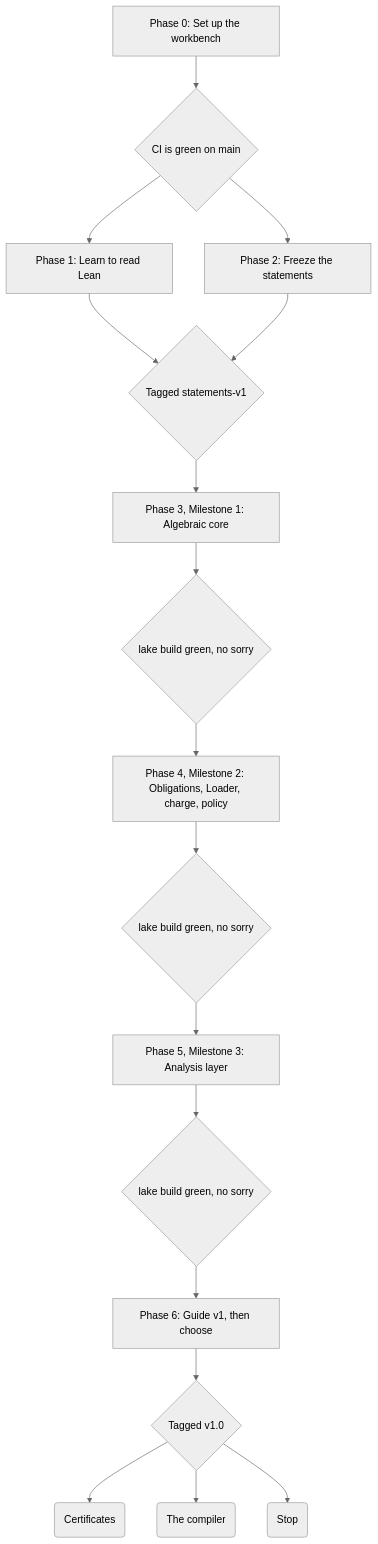
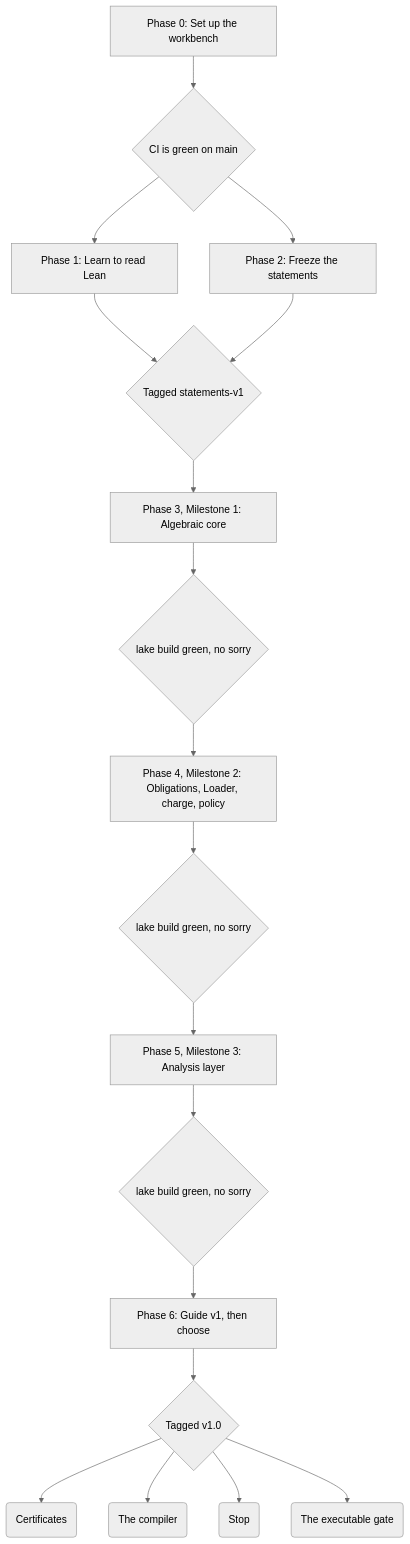
Before and after one commit to marleymcwilliams/LibSpec: the diagram in guide/ROADMAP.md, drawn with Mermaid (neutral theme). The commit also changed other lines of this file and 10 other files, not shown here.

````diff
--- a/guide/ROADMAP.md
+++ b/guide/ROADMAP.md
@@ -7,19 +7,20 @@
 ```mermaid
 flowchart TB
   p0["Phase 0: Set up the workbench"] --> g0{"CI is green on main"}
   g0 --> p1["Phase 1: Learn to read Lean"]
   g0 --> p2["Phase 2: Freeze the statements"]
   p1 --> g2{"Tagged statements-v1"}
   p2 --> g2
   g2 --> p3["Phase 3, Milestone 1: Algebraic core"]
   p3 --> g3{"lake build green, no sorry"}
   g3 --> p4["Phase 4, Milestone 2: Obligations, Loader, charge, policy"]
   p4 --> g4{"lake build green, no sorry"}
   g4 --> p5["Phase 5, Milestone 3: Analysis layer"]
   p5 --> g5{"lake build green, no sorry"}
   g5 --> p6["Phase 6: Guide v1, then choose"]
   p6 --> g6{"Tagged v1.0"}
   g6 --> c1("Certificates")
   g6 --> c2("The compiler")
   g6 --> c3("Stop")
+  g6 --> c4("The executable gate")
 ```
````
